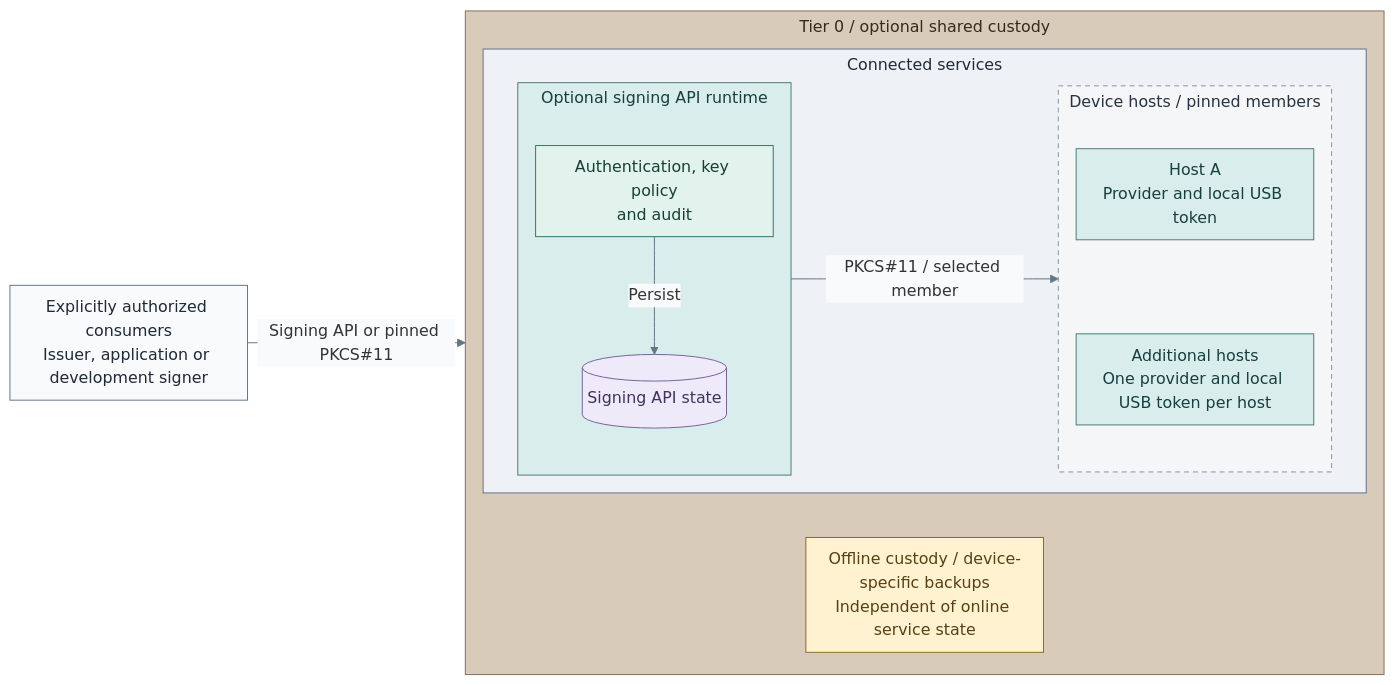
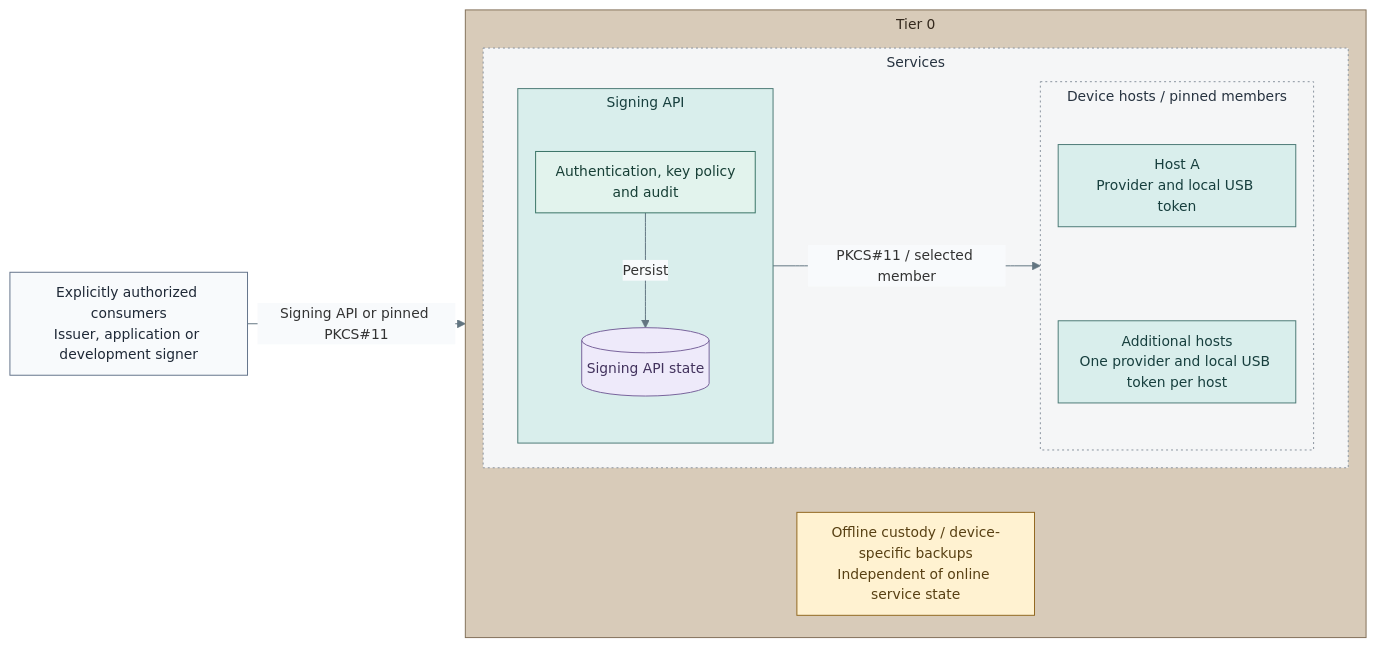
Before and after one commit to Rexus/homelab: the first of 2 diagrams in docs/01-architecture/08-cryptography/04-usb-hsm.md, drawn with Mermaid. The commit also changed other lines of this file and 124 other files, not shown here.

First line of the commit message:
fix(platform): align service diagrams and directory failover

````diff
--- a/docs/01-architecture/08-cryptography/04-usb-hsm.md
+++ b/docs/01-architecture/08-cryptography/04-usb-hsm.md
@@ -13,42 +13,43 @@
 ```mermaid
-%%{init: {"theme":"base","flowchart":{"nodeSpacing":16,"rankSpacing":20,"padding":10,"subGraphTitleMargin":{"top":4,"bottom":12}},"themeVariables":{"lineColor":"#627581","edgeLabelBackground":"#f8fafc"}}}%%
+%%{init: {"theme":"base","flowchart":{"nodeSpacing":16,"rankSpacing":20,"padding":10,"subGraphTitleMargin":{"top":4,"bottom":12}},"themeVariables":{"lineColor":"#627581","edgeLabelBackground":"#f8fafc","fontFamily":"Arial, sans-serif","fontSize":"14px"},"fontFamily":"Arial, sans-serif"}}%%
 flowchart LR
   Clients["Explicitly authorized consumers<br/>Issuer, application or development signer"]
-  subgraph T0["Tier 0 / optional shared custody"]
+  subgraph T0["Tier 0"]
     direction TB
-    subgraph Connected["Connected services"]
+    subgraph Connected["Services"]
       direction LR
-      subgraph API["Optional signing API runtime"]
+      subgraph API["Signing API"]
         direction TB
         Policy["Authentication, key policy<br/>and audit"]
         State[("Signing API state")]
         Policy -->|Persist| State
       end
       subgraph Pool["Device hosts / pinned members"]
         direction TB
         ProviderA["Host A<br/>Provider and local USB token"]
         ProviderB["Additional hosts<br/>One provider and local USB token per host"]
         ProviderA ~~~ ProviderB
       end
       API -->|PKCS#11 / selected member| Pool
     end
     Custody["Offline custody / device-specific backups<br/>Independent of online service state"]
     Connected ~~~ Custody
   end
   Clients -->|Signing API or pinned PKCS#11| T0
   classDef default fill:#f8fafc,stroke:#64748b,color:#1f2937
   classDef tier0 fill:#d8cbb9,stroke:#83715a,color:#352a1e
   classDef boundary fill:#eef2f6,stroke:#64748b,color:#1f2937
   classDef runtime fill:#d9eeec,stroke:#4d7b77,color:#173f3e
-  classDef replicas fill:#f5f6f7,stroke:#89939e,color:#273340,stroke-dasharray:5 4
+  classDef replicas fill:#f5f6f7,stroke:#89939e,color:#273340,stroke-dasharray:2 3
   classDef control fill:#e2f3ed,stroke:#397366,color:#173f36
   classDef custody fill:#fff2d1,stroke:#926820,color:#584013
   classDef data fill:#eeeafa,stroke:#78639b,color:#42325d
   class T0 tier0
-  class Connected boundary
   class API,ProviderA,ProviderB runtime
   class Pool replicas
   class Policy control
   class Custody custody
   class State data
+  classDef group fill:#f5f6f7,stroke:#89939e,color:#273340,stroke-dasharray:2 3
+  class Connected group
 ```
````
